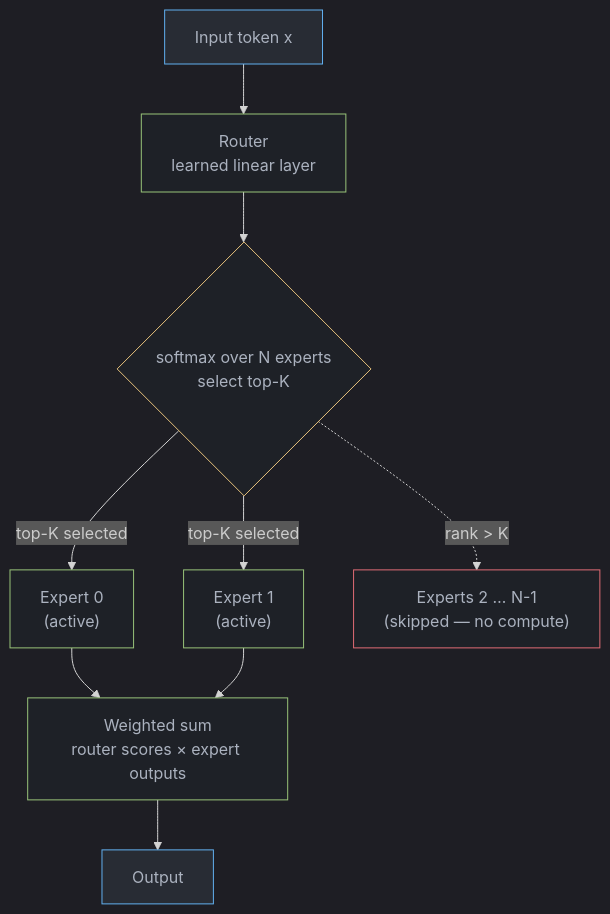
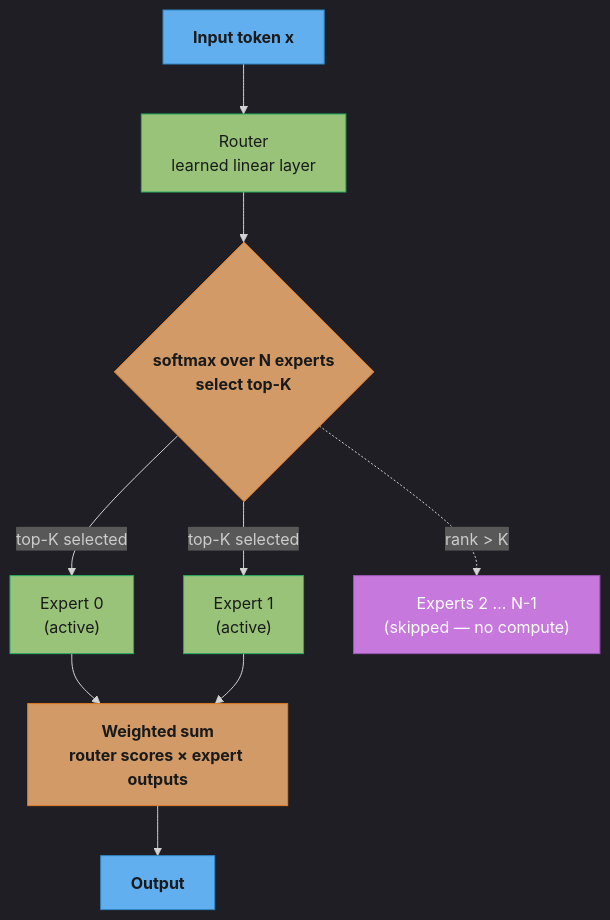
The third of 3 diagrams in src/main/java/com/rutik/systemdesign/llm/foundations_and_architecture/README.md (rppol/system-design), drawn with Mermaid before and after one commit. The commit also changed other lines of this file and 88 other files, not shown here.

````diff
--- a/src/main/java/com/rutik/systemdesign/llm/foundations_and_architecture/README.md
+++ b/src/main/java/com/rutik/systemdesign/llm/foundations_and_architecture/README.md
@@ -234,27 +225,30 @@
 ```mermaid
 %%{init: {'flowchart': {'curve': 'basis'}, 'theme': 'dark'}}%%
 flowchart TD
-    classDef io     fill:#282c34,stroke:#61afef,color:#abb2bf
-    classDef proc   fill:#1e2127,stroke:#98c379,color:#abb2bf
-    classDef decide fill:#1e2127,stroke:#e5c07b,color:#abb2bf
-    classDef warn   fill:#1e2127,stroke:#e06c75,color:#abb2bf
+    classDef io      fill:#61afef,stroke:#2e86c1,color:#1a1a1a,font-weight:bold
+    classDef frozen  fill:#c678dd,stroke:#9b59b6,color:#fff
+    classDef train   fill:#98c379,stroke:#27ae60,color:#1a1a1a
+    classDef mathOp  fill:#d19a66,stroke:#e67e22,color:#1a1a1a,font-weight:bold
+    classDef lossN   fill:#e06c75,stroke:#c0392b,color:#fff,font-weight:bold
+    classDef req     fill:#56b6c2,stroke:#0097a7,color:#1a1a1a
+    classDef base    fill:#e5c07b,stroke:#f39c12,color:#1a1a1a
 
     TOK["Input token x"]
     RTR["Router\nlearned linear layer"]
     SOFT{"softmax over N experts\nselect top-K"}
     E0["Expert 0\n(active)"]
     E1["Expert 1\n(active)"]
     SKIP["Experts 2 … N-1\n(skipped — no compute)"]
     WS["Weighted sum\nrouter scores × expert outputs"]
     OUT["Output"]
 
     TOK --> RTR --> SOFT
     SOFT -->|"top-K selected"| E0 & E1
     SOFT -.->|"rank > K"| SKIP
     E0 & E1 --> WS --> OUT
 
     class TOK,OUT io
-    class RTR,E0,E1,WS proc
-    class SOFT decide
-    class SKIP warn
+    class RTR,E0,E1 train
+    class WS,SOFT mathOp
+    class SKIP frozen
 ```
````
